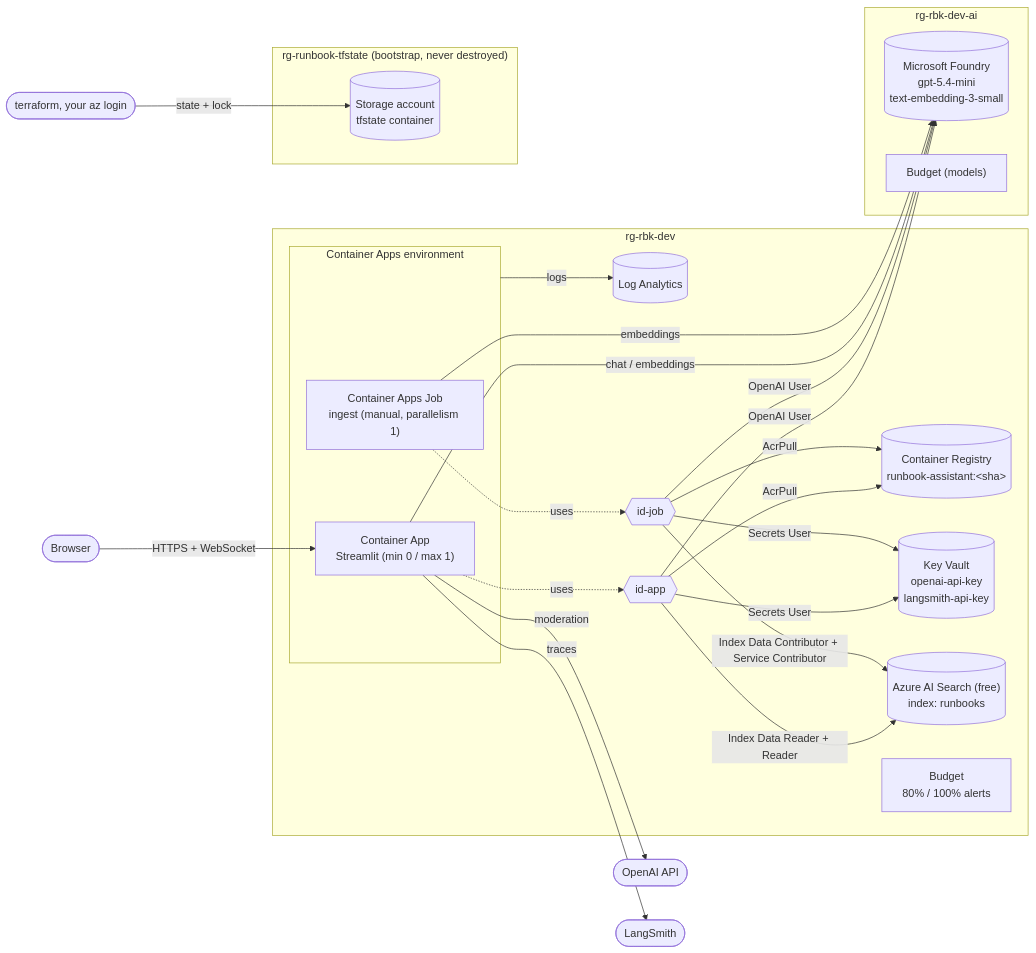
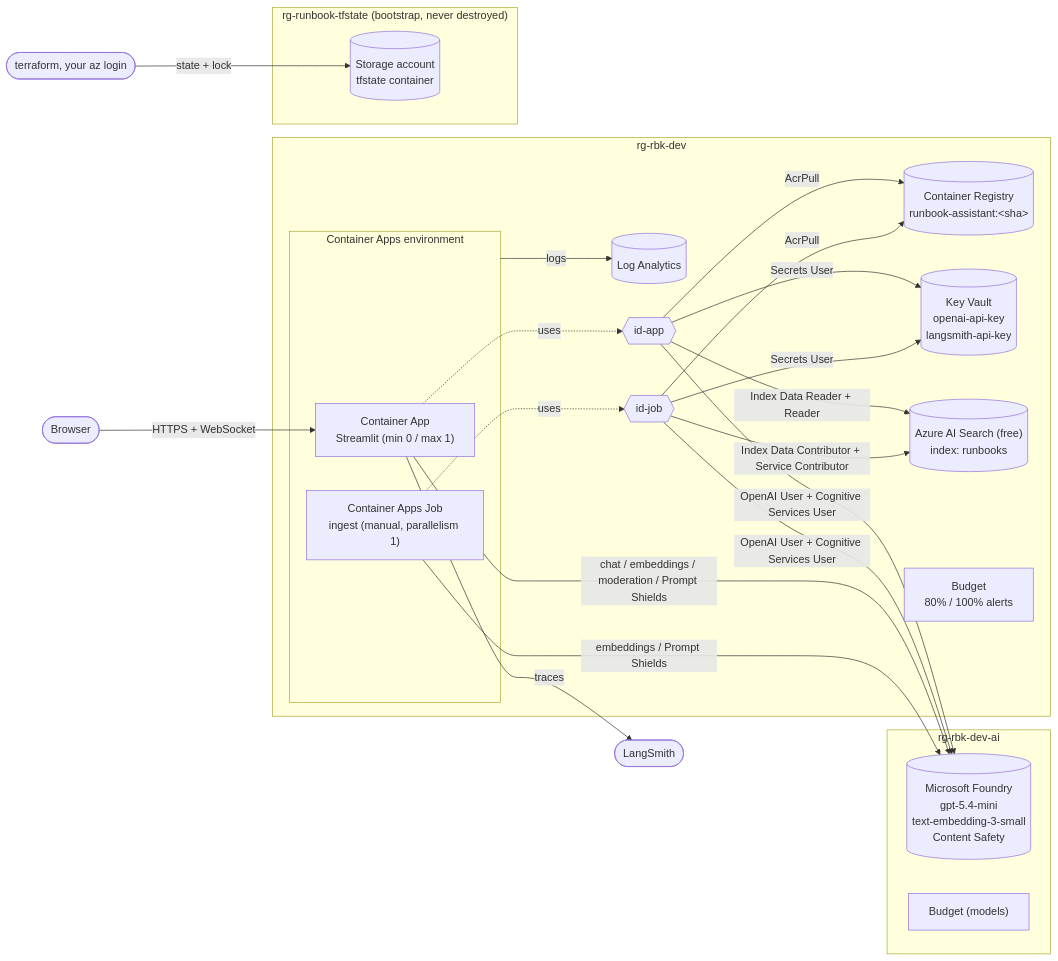
The diagram in infra/README.md (Shahryar123/DevOps-Runbook-Assistant), drawn with Mermaid before and after one commit. The commit also changed other lines of this file and 25 other files, not shown here.

Commit message:
feat: Azure AI Content Safety guardrails (milestone 13)

````diff
--- a/infra/README.md
+++ b/infra/README.md
@@ -9,44 +9,43 @@
 ```mermaid
 flowchart LR
     user([Browser]) -- HTTPS + WebSocket --> app
 
     subgraph rg["rg-rbk-dev"]
         subgraph cae["Container Apps environment"]
             app["Container App<br/>Streamlit (min 0 / max 1)"]
             job["Container Apps Job<br/>ingest (manual, parallelism 1)"]
         end
         acr[("Container Registry<br/>runbook-assistant:&lt;sha&gt;")]
         kv[("Key Vault<br/>openai-api-key<br/>langsmith-api-key")]
         search[("Azure AI Search (free)<br/>index: runbooks")]
         log[("Log Analytics")]
         idapp{{"id-app"}}
         idjob{{"id-job"}}
         budget["Budget<br/>80% / 100% alerts"]
     end
 
     subgraph ai["rg-rbk-dev-ai"]
-        foundry[("Microsoft Foundry<br/>gpt-5.4-mini<br/>text-embedding-3-small")]
+        foundry[("Microsoft Foundry<br/>gpt-5.4-mini<br/>text-embedding-3-small<br/>Content Safety")]
         budgetai["Budget (models)"]
     end
 
     subgraph state["rg-runbook-tfstate (bootstrap, never destroyed)"]
         st[("Storage account<br/>tfstate container")]
     end
 
     app -. uses .-> idapp
     job -. uses .-> idjob
     idapp -- AcrPull --> acr
     idjob -- AcrPull --> acr
     idapp -- Secrets User --> kv
     idjob -- Secrets User --> kv
     idapp -- "Index Data Reader + Reader" --> search
     idjob -- "Index Data Contributor + Service Contributor" --> search
     cae -- logs --> log
-    idapp -- "OpenAI User" --> foundry
-    idjob -- "OpenAI User" --> foundry
-    app -- chat / embeddings --> foundry
-    job -- embeddings --> foundry
-    app -- moderation --> openai([OpenAI API])
+    idapp -- "OpenAI User + Cognitive Services User" --> foundry
+    idjob -- "OpenAI User + Cognitive Services User" --> foundry
+    app -- "chat / embeddings / moderation / Prompt Shields" --> foundry
+    job -- "embeddings / Prompt Shields" --> foundry
     app -- traces --> langsmith([LangSmith])
     tf([terraform, your az login]) -- state + lock --> st
 ```
````
